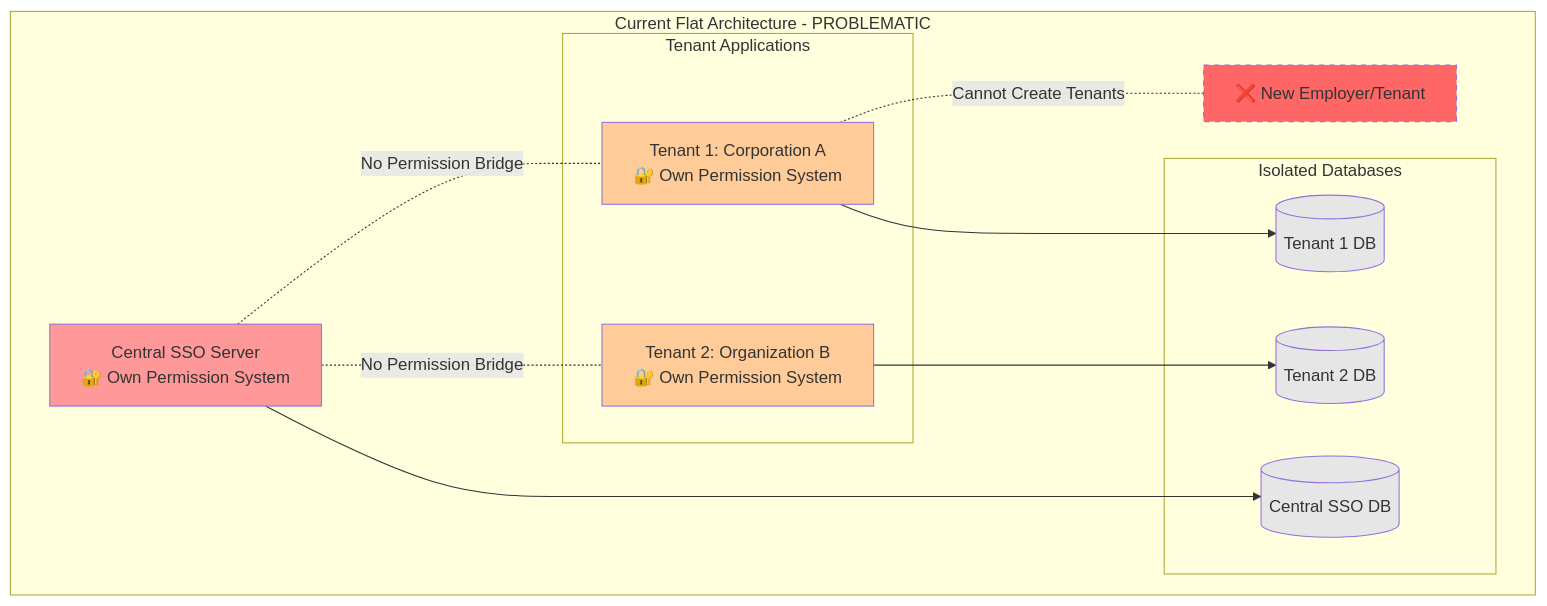
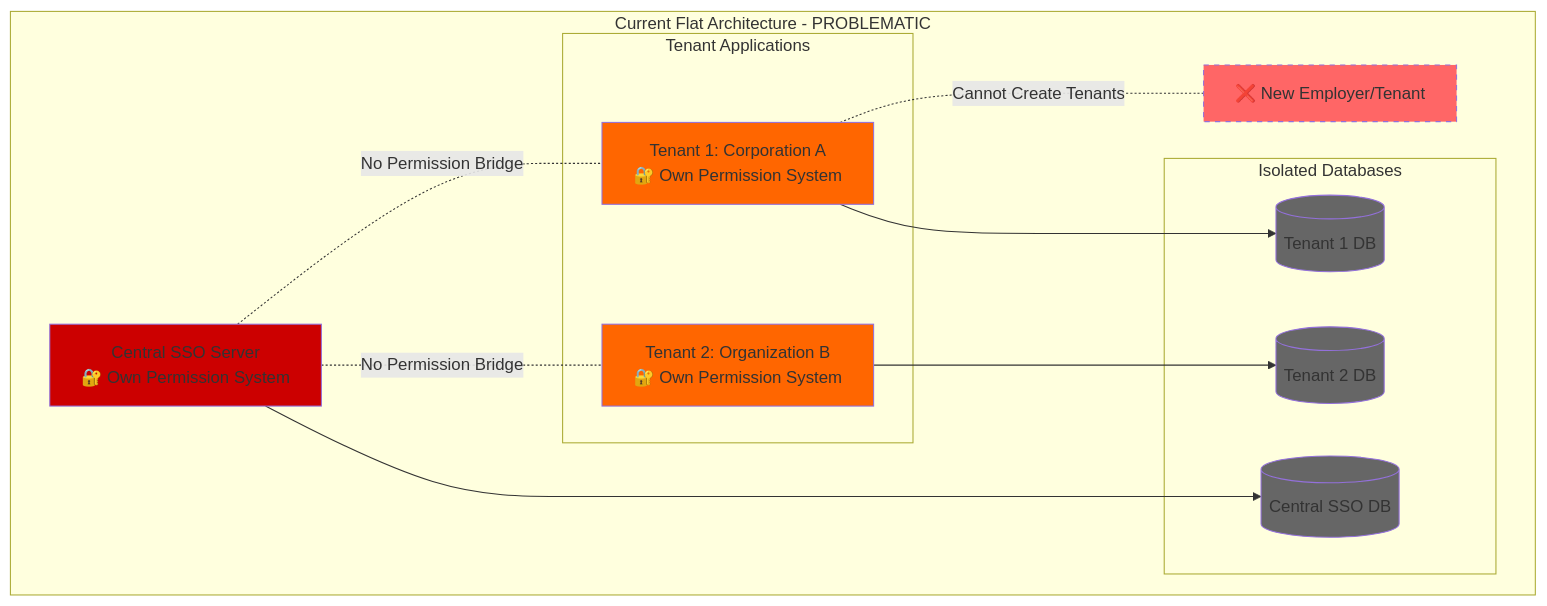
One commit to hi-dil/SSO-POC changed the second of 21 diagrams in docs/architecture/challenges-and-solutions.md. Above: the diagram before and after it, drawn with Mermaid. The commit also changed other lines of this file, not shown here.

````diff
--- a/docs/architecture/challenges-and-solutions.md
+++ b/docs/architecture/challenges-and-solutions.md
@@ -64,33 +61,33 @@
 ```mermaid
 graph TB
     subgraph "Current Flat Architecture - PROBLEMATIC"
         SSO[Central SSO Server<br/>🔐 Own Permission System]
         
         subgraph "Tenant Applications"
             T1[Tenant 1: Corporation A<br/>🔐 Own Permission System]
             T2[Tenant 2: Organization B<br/>🔐 Own Permission System]
         end
         
         subgraph "Isolated Databases"
             DB1[(Central SSO DB)]
             DB2[(Tenant 1 DB)]
             DB3[(Tenant 2 DB)]
         end
         
         SSO -.No Permission Bridge.- T1
         SSO -.No Permission Bridge.- T2
         T1 -.Cannot Create Tenants.- T3[❌ New Employer/Tenant]
         
         SSO --> DB1
         T1 --> DB2
         T2 --> DB3
     end
     
-    style SSO fill:#ff9999
-    style T1 fill:#ffcc99
-    style T2 fill:#ffcc99
+    style SSO fill:#cc0000
+    style T1 fill:#ff6600
+    style T2 fill:#ff6600
     style T3 fill:#ff6666,stroke-dasharray: 5 5
-    style DB1 fill:#e6e6e6
-    style DB2 fill:#e6e6e6
-    style DB3 fill:#e6e6e6
+    style DB1 fill:#666666
+    style DB2 fill:#666666
+    style DB3 fill:#666666
 ```
````
